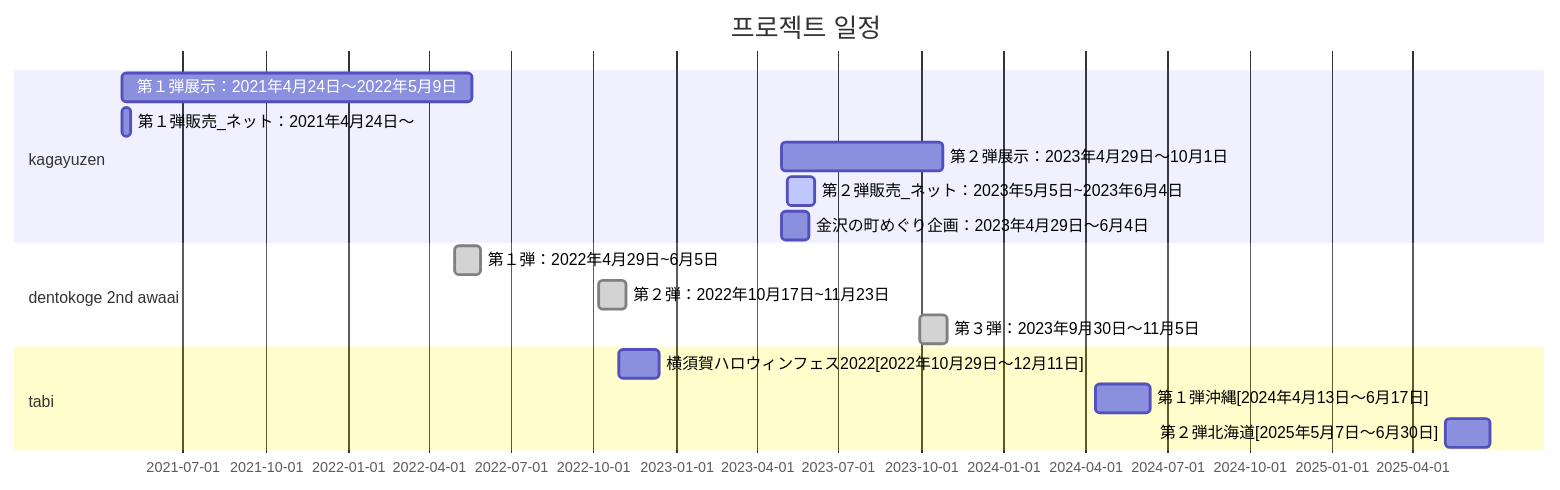
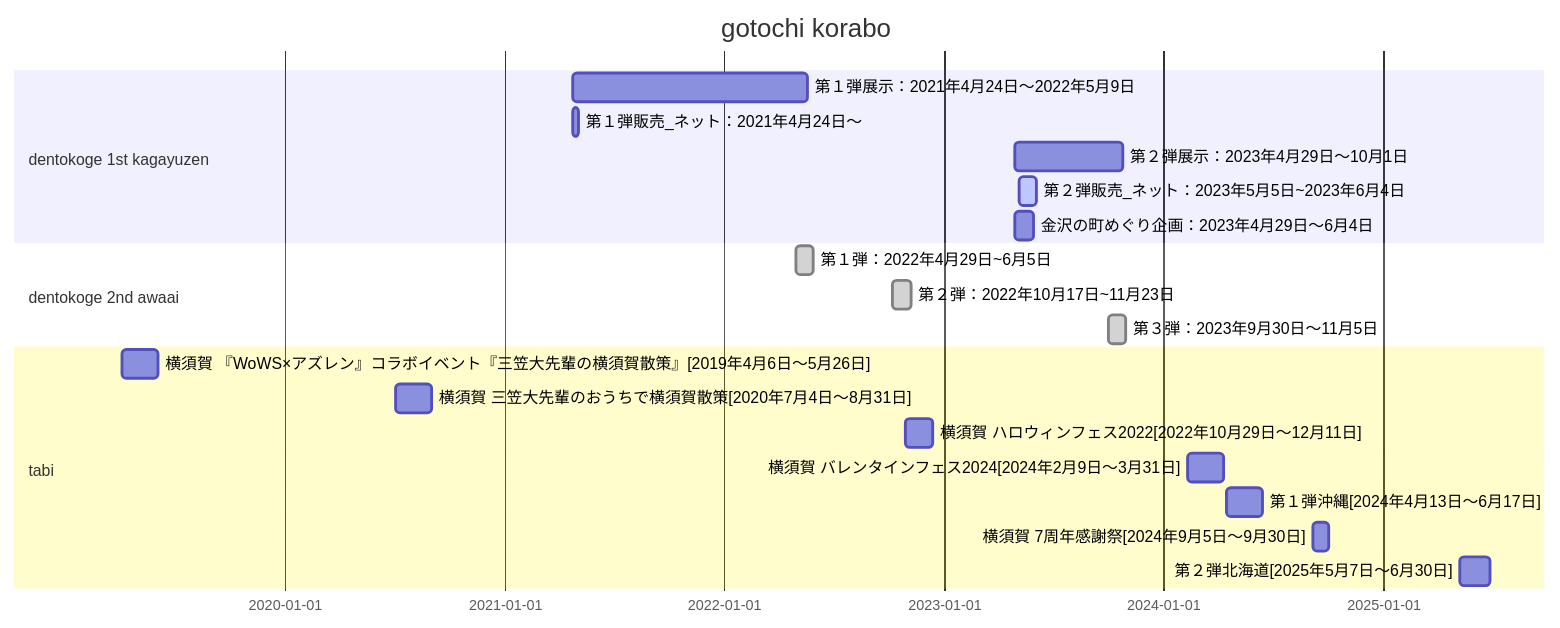
One commit to JihongNMI/SQL-and-Java changed the diagram in 정리_세계시간.md. Above: the diagram before and after it, drawn with Mermaid. The commit also changed other lines of this file, not shown here.

````diff
--- a/정리_세계시간.md
+++ b/정리_세계시간.md
@@ -1,24 +1,28 @@
 ```mermaid
 gantt
-    title 프로젝트 일정
+    title gotochi korabo
     dateFormat  YYYY-MM-DD
 
-    section kagayuzen
+    section dentokoge 1st kagayuzen
     第１弾展示：2021年4月24日～2022年5月9日    :    2021-04-24, 390d
     第１弾販売_ネット：2021年4月24日～    :    2021-04-24, 10d
     
     第２弾展示：2023年4月29日～10月1日    :    2023-04-29, 180d
     第２弾販売_ネット：2023年5月5日~2023年6月4日    :    active, 2023-05-05, 30d
     金沢の町めぐり企画：2023年4月29日～6月4日    :    2023-04-29, 30d
 
     section dentokoge 2nd awaai
     第１弾：2022年4月29日~6月5日    :    done, 2022-04-29, 30d
     第２弾：2022年10月17日~11月23日    :    done, 2022-10-07, 30d
     第３弾：2023年9月30日～11月5日    :    done, 2023-09-30, 30d
 
     section tabi
-    横須賀ハロウィンフェス2022[2022年10月29日～12月11日]    :    2022-10-29, 45d
+    横須賀 『WoWS×アズレン』コラボイベント『三笠大先輩の横須賀散策』[2019年4月6日～5月26日]    :    2019-04-06, 60d
+    横須賀 三笠大先輩のおうちで横須賀散策[2020年7月4日～8月31日]    :    2020-07-04, 60d
+    横須賀 ハロウィンフェス2022[2022年10月29日～12月11日]    :    2022-10-29, 45d
+    横須賀 バレンタインフェス2024[2024年2月9日～3月31日]    :    2024-02-09, 60d
     第１弾沖縄[2024年4月13日～6月17日]    :    2024-04-13, 60d
+    横須賀 7周年感謝祭[2024年9月5日～9月30日]    :    2024-09-05, 25d
     第２弾北海道[2025年5月7日～6月30日]    :    2025-05-07, 50d
 
 ```
````
